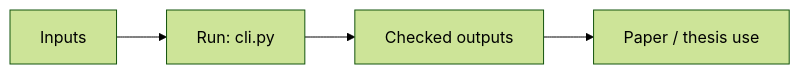
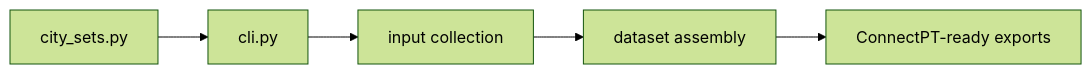
The diagram in README.md (GeorgeKontsevik/connectpt_dataset_prep), drawn with Mermaid (forest theme) before and after one commit. The commit also changed other lines of this file and 2 other files, not shown here.

Commit message:
Improve README diagrams and project descriptions

````diff
--- a/README.md
+++ b/README.md
@@ -7,6 +7,7 @@
 ```mermaid
 flowchart LR
-    A[Inputs] --> B[Run: cli.py]
-    B --> C[Checked outputs]
-    C --> D[Paper / thesis use]
+    CITIES[city_sets.py] --> CLI[cli.py]
+    CLI --> FETCH[input collection]
+    FETCH --> BUILD[dataset assembly]
+    BUILD --> OUT[ConnectPT-ready exports]
 ```
````
